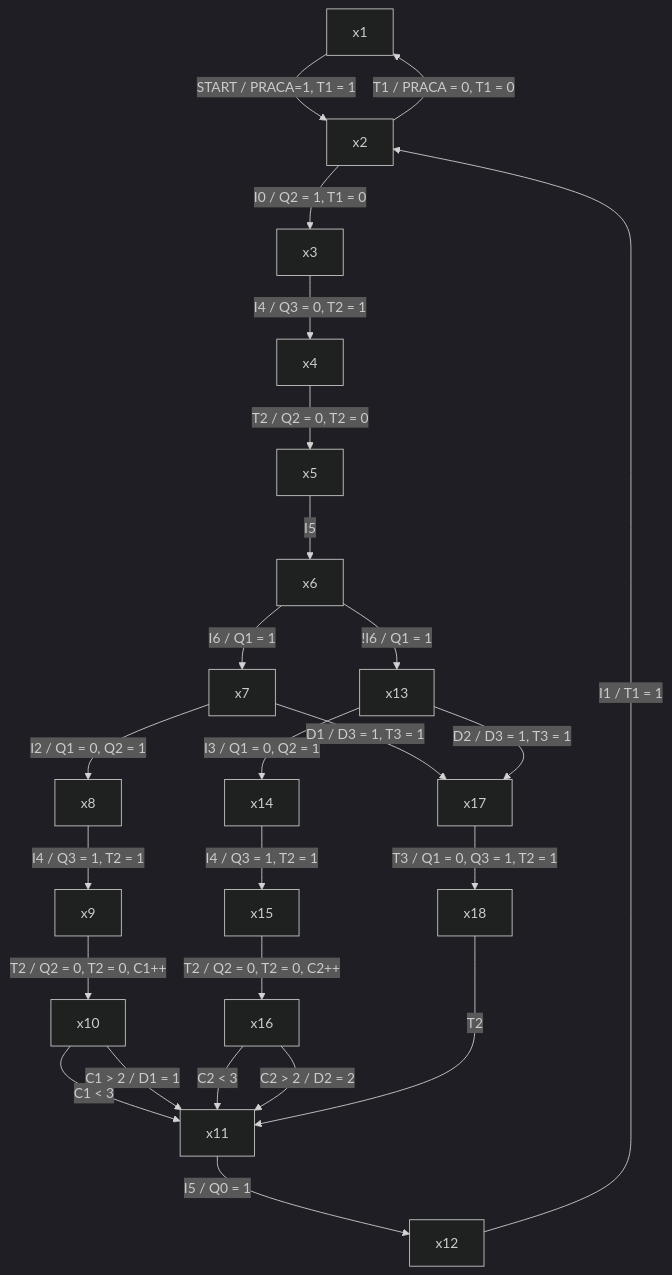
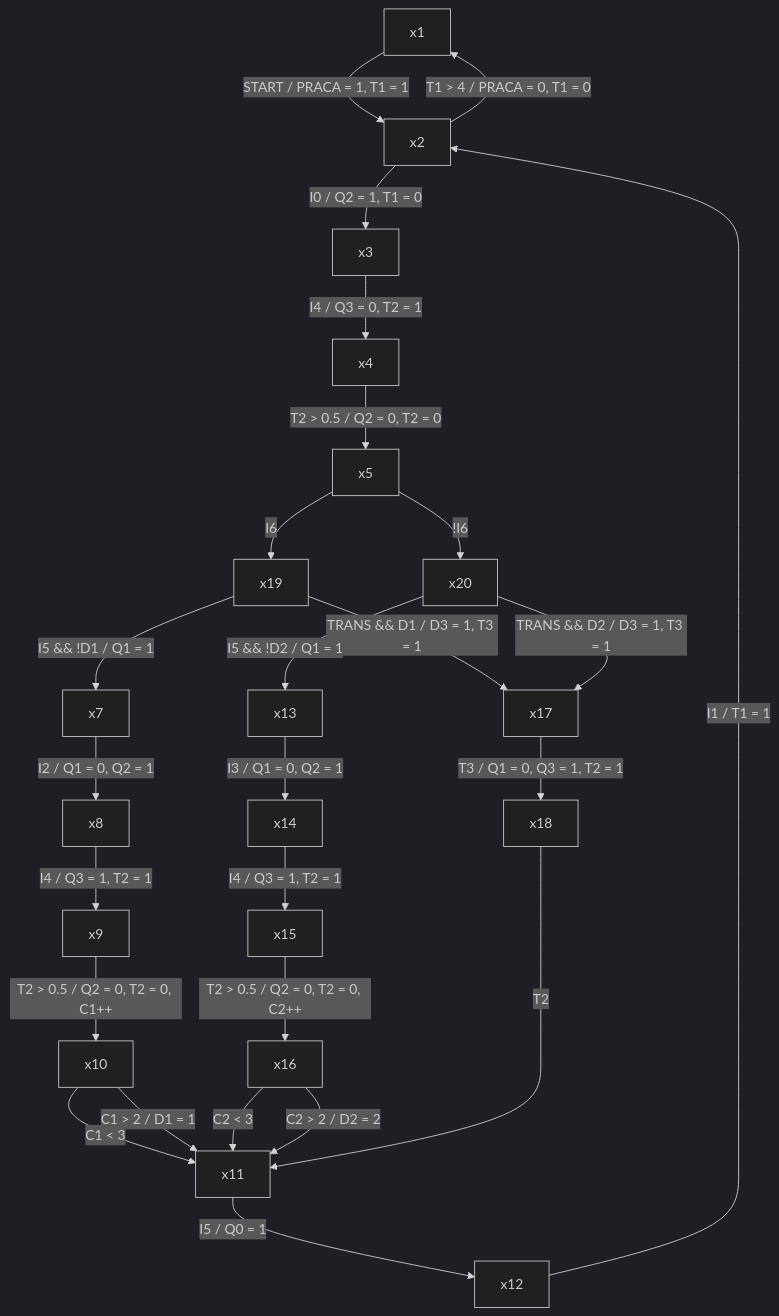
Before and after one commit to bartlomiejkrawczyk/SP-23Z: the diagram in README.md, drawn with Mermaid (dark theme).

Commit message:
Update graph

````diff
--- a/README.md
+++ b/README.md
@@ -71,43 +71,54 @@
 ```mermaid
 flowchart TB
     x1
     x2
     x3
     x4
     x5
-    x6
     x7
     x8
     x9
     x10
     x11
+    x13
+    x14
+    x15
+    x16
+    x17
+    x18
+    x19
+    x20
 
-    x1 --START / PRACA=1, T1 = 1--> x2
+    x1 --START / PRACA = 1, T1 = 1--> x2
     x2 --I0 / Q2 = 1, T1 = 0--> x3
-    x2 --T1 / PRACA = 0, T1 = 0--> x1
+    x2 --T1 > 4 / PRACA = 0, T1 = 0--> x1
     x3 --I4 / Q3 = 0, T2 = 1--> x4
-    x4 --T2 / Q2 = 0, T2 = 0--> x5
-    x5 --I5--> x6
-    x6 --I6 / Q1 = 1--> x7
+    x4 --T2 > 0.5 / Q2 = 0, T2 = 0--> x5
+    x5 --I6--> x19
+    x5 --!I6--> x20
+
+    x19 --I5 && !D1 / Q1 = 1--> x7
+    x19 --TRANS && D1 / D3 = 1, T3 = 1--> x17
     
     x7 --I2 / Q1 = 0, Q2 = 1--> x8
     x8 --I4 / Q3 = 1, T2 = 1--> x9
-    x9 --T2 / Q2 = 0, T2 = 0, C1++--> x10
+    x9 --T2 > 0.5 / Q2 = 0, T2 = 0, C1++--> x10
     x10 --C1 < 3--> x11
     x10 --C1 > 2 / D1 = 1--> x11
+
+    x20 --I5 && !D2 / Q1 = 1--> x13
+    x20 --TRANS && D2 / D3 = 1, T3 = 1--> x17
     
-    x6 --!I6 / Q1 = 1--> x13
+
     x13 --I3 / Q1 = 0, Q2 = 1--> x14
     x14 --I4 / Q3 = 1, T2 = 1--> x15
-    x15 --T2 / Q2 = 0, T2 = 0, C2++--> x16
+    x15 --T2 > 0.5 / Q2 = 0, T2 = 0, C2++--> x16
     x16 --C2 < 3--> x11
     x16 --C2 > 2 / D2 = 2--> x11
 
-    x7 --D1 / D3 = 1, T3 = 1--> x17
-    x13 --D2 / D3 = 1, T3 = 1--> x17
     x17 --T3 / Q1 = 0, Q3 = 1, T2 = 1--> x18
     x18 --T2--> x11
 
     x11 --I5 / Q0 = 1--> x12
     x12 --I1 / T1 = 1--> x2
 ```
````
